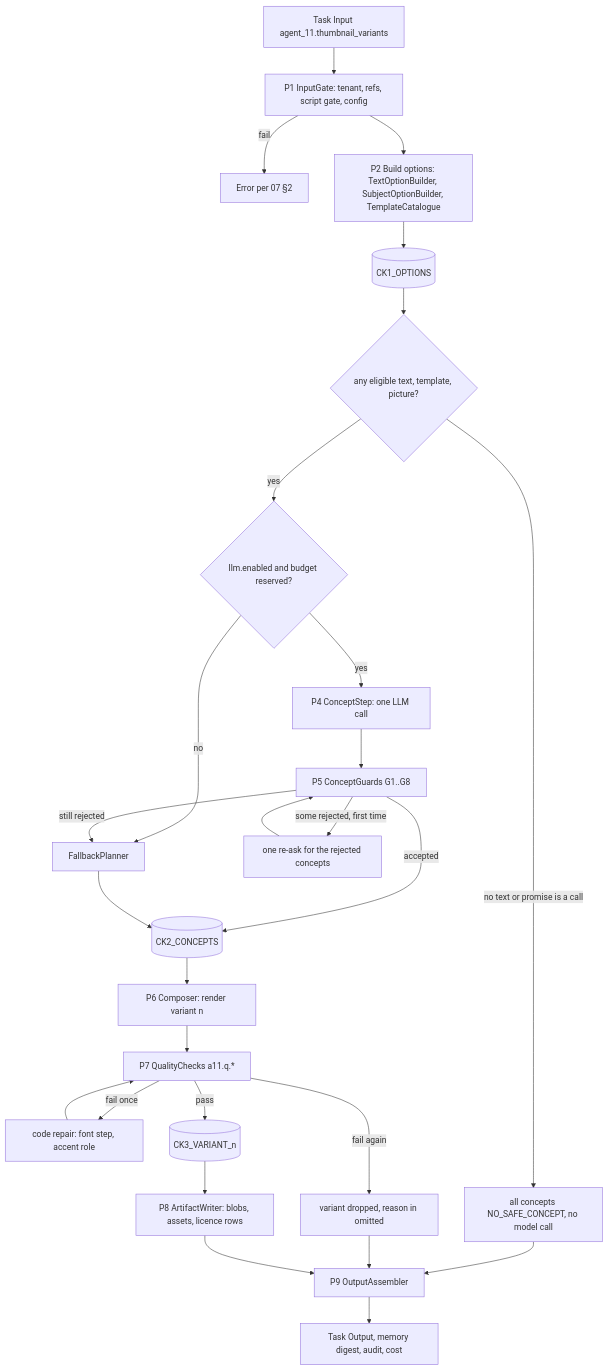
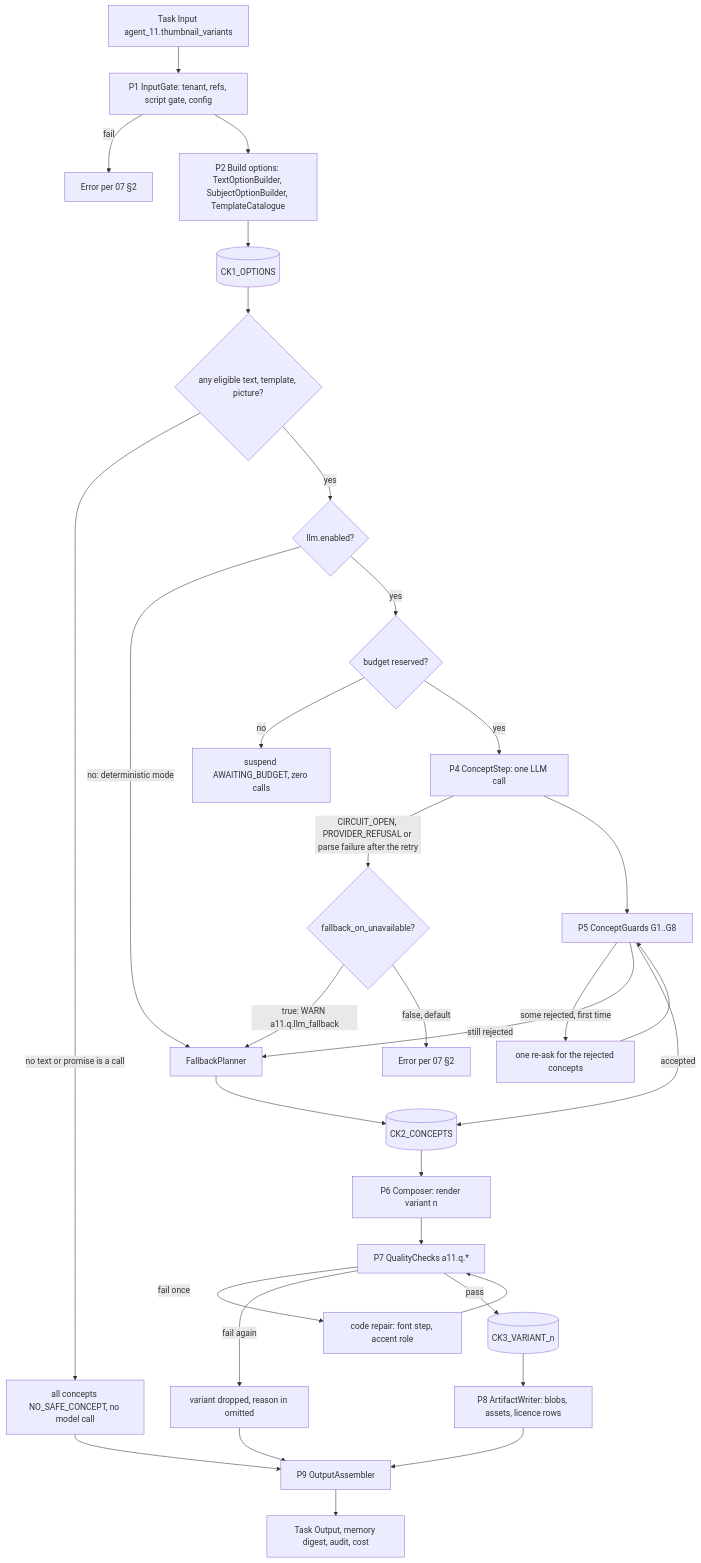
The first of 3 diagrams in docs/v4/agents/agent_11_thumbnail_design.md (abhiwasu007-a11y/Media), drawn with Mermaid before and after one commit. The commit also changed other lines of this file and 5 other files, not shown here.

First line of the commit message:
docs(v4): blueprint 11 aligned with merged contracts (manifest, step input schema, revision path, licence rows, fallback rule)

````diff
--- a/docs/v4/agents/agent_11_thumbnail_design.md
+++ b/docs/v4/agents/agent_11_thumbnail_design.md
@@ -129,29 +129,34 @@
 ```mermaid
 flowchart TD
   A[Task Input agent_11.thumbnail_variants] --> P1[P1 InputGate: tenant, refs, script gate, config]
   P1 -->|fail| E1[Error per 07 §2]
   P1 --> P2[P2 Build options: TextOptionBuilder, SubjectOptionBuilder, TemplateCatalogue]
   P2 --> CK1[(CK1_OPTIONS)]
   CK1 --> D{any eligible text, template, picture?}
   D -->|no text or promise is a call| N[all concepts NO_SAFE_CONCEPT, no model call]
-  D -->|yes| P3{llm.enabled and budget reserved?}
-  P3 -->|no| FB[FallbackPlanner]
-  P3 -->|yes| P4[P4 ConceptStep: one LLM call]
+  D -->|yes| P3{llm.enabled?}
+  P3 -->|no: deterministic mode| FB[FallbackPlanner]
+  P3 -->|yes| BR{budget reserved?}
+  BR -->|no| SUSP[suspend AWAITING_BUDGET, zero calls]
+  BR -->|yes| P4[P4 ConceptStep: one LLM call]
+  P4 -->|CIRCUIT_OPEN, PROVIDER_REFUSAL or parse failure after the retry| FX{fallback_on_unavailable?}
+  FX -->|true: WARN a11.q.llm_fallback| FB
+  FX -->|false, default| E2[Error per 07 §2]
   P4 --> G[P5 ConceptGuards G1..G8]
   G -->|some rejected, first time| P4b[one re-ask for the rejected concepts]
   P4b --> G
   G -->|still rejected| FB
   G -->|accepted| CK2[(CK2_CONCEPTS)]
   FB --> CK2
   N --> OUT
   CK2 --> P6[P6 Composer: render variant n]
   P6 --> P7[P7 QualityChecks a11.q.*]
   P7 -->|fail once| R[code repair: font step, accent role]
   R --> P7
   P7 -->|fail again| DROP[variant dropped, reason in omitted]
   P7 -->|pass| CK3[(CK3_VARIANT_n)]
   CK3 --> P8[P8 ArtifactWriter: blobs, assets, licence rows]
   DROP --> OUT[P9 OutputAssembler]
   P8 --> OUT
   OUT --> Z[Task Output, memory digest, audit, cost]
 ```
````
